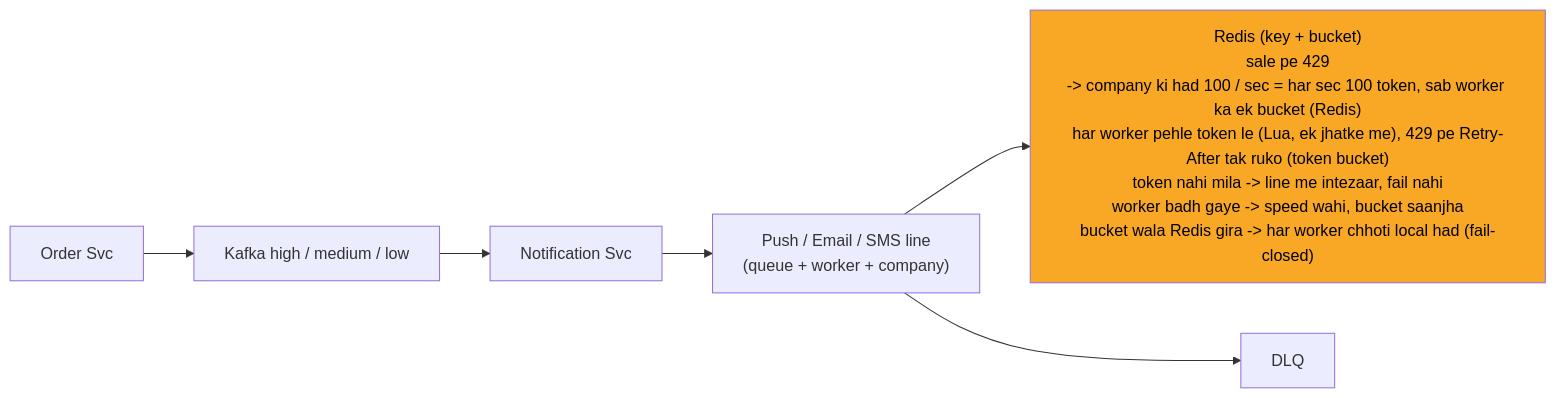
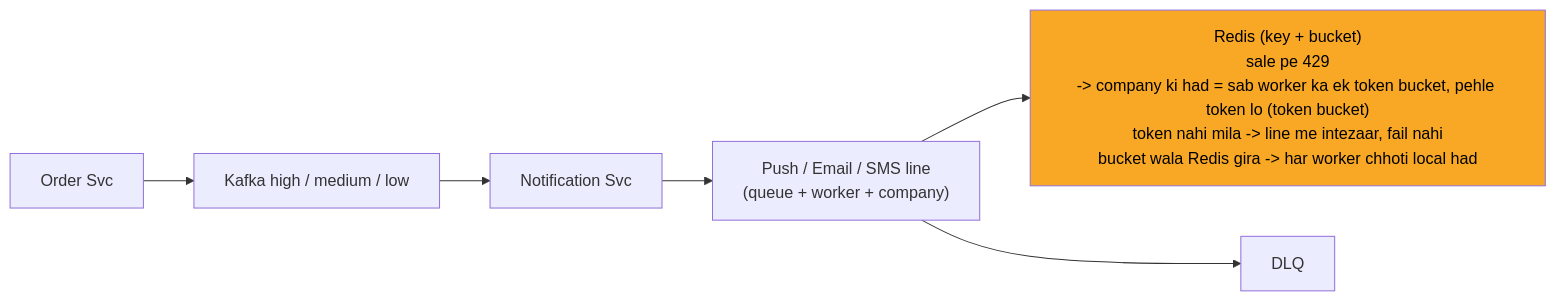
One commit to ArpanMaheshwari144/Prep changed the diagram in 04_HLD/SYSTEM_DESIGNS/04_notification_system/img/c8.mmd. Above: the diagram before and after it, drawn with Mermaid. The commit also changed 47 other files, not shown here.

```diff
--- a/04_HLD/SYSTEM_DESIGNS/04_notification_system/img/c8.mmd
+++ b/04_HLD/SYSTEM_DESIGNS/04_notification_system/img/c8.mmd
@@ -1,14 +1,14 @@
 %%{init: {"flowchart": {"wrappingWidth": 450}}}%%
 flowchart LR
     n_Order_Svc["Order Svc"]
     n_Kafka["Kafka high / medium / low"]
     n_Notification_Svc["Notification Svc"]
     n_LINES["Push / Email / SMS line<br/>(queue + worker + company)"]
-    n_Redis["Redis (key + bucket)<br/>sale pe 429<br/>-> company ki had 100 / sec = har sec 100 token, sab worker ka ek bucket (Redis)<br/>har worker pehle token le (Lua, ek jhatke me), 429 pe Retry-After tak ruko (token bucket)<br/>token nahi mila -> line me intezaar, fail nahi<br/>worker badh gaye -> speed wahi, bucket saanjha<br/>bucket wala Redis gira -> har worker chhoti local had (fail-closed)"]
+    n_Redis["Redis (key + bucket)<br/>sale pe 429<br/>-> company ki had = sab worker ka ek token bucket, pehle token lo (token bucket)<br/>token nahi mila -> line me intezaar, fail nahi<br/>bucket wala Redis gira -> har worker chhoti local had"]
     n_DLQ["DLQ"]
     n_Order_Svc --> n_Kafka
     n_Kafka --> n_Notification_Svc
     n_Notification_Svc --> n_LINES
     n_LINES --> n_Redis
     n_LINES --> n_DLQ
     style n_Redis fill:#f9a825,color:#000
```
